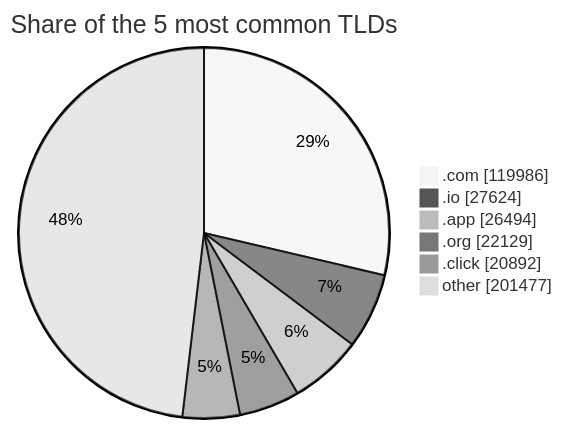
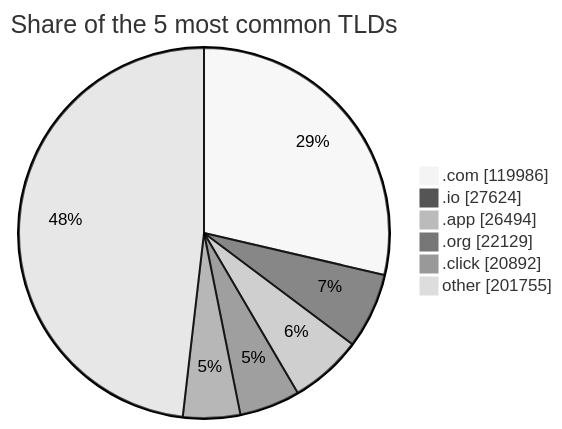
Before and after one commit to DNSBunker/CTI: the third of 3 diagrams in README.md, drawn with Mermaid (neutral theme). The commit also changed other lines of this file and 3 other files, not shown here.

````diff
--- a/README.md
+++ b/README.md
@@ -81,9 +81,9 @@
 ```mermaid
 pie showData title Share of the 5 most common TLDs
     ".com" : 119986
     ".io" : 27624
     ".app" : 26494
     ".org" : 22129
     ".click" : 20892
-    "other" : 201477
+    "other" : 201755
 ```
````
